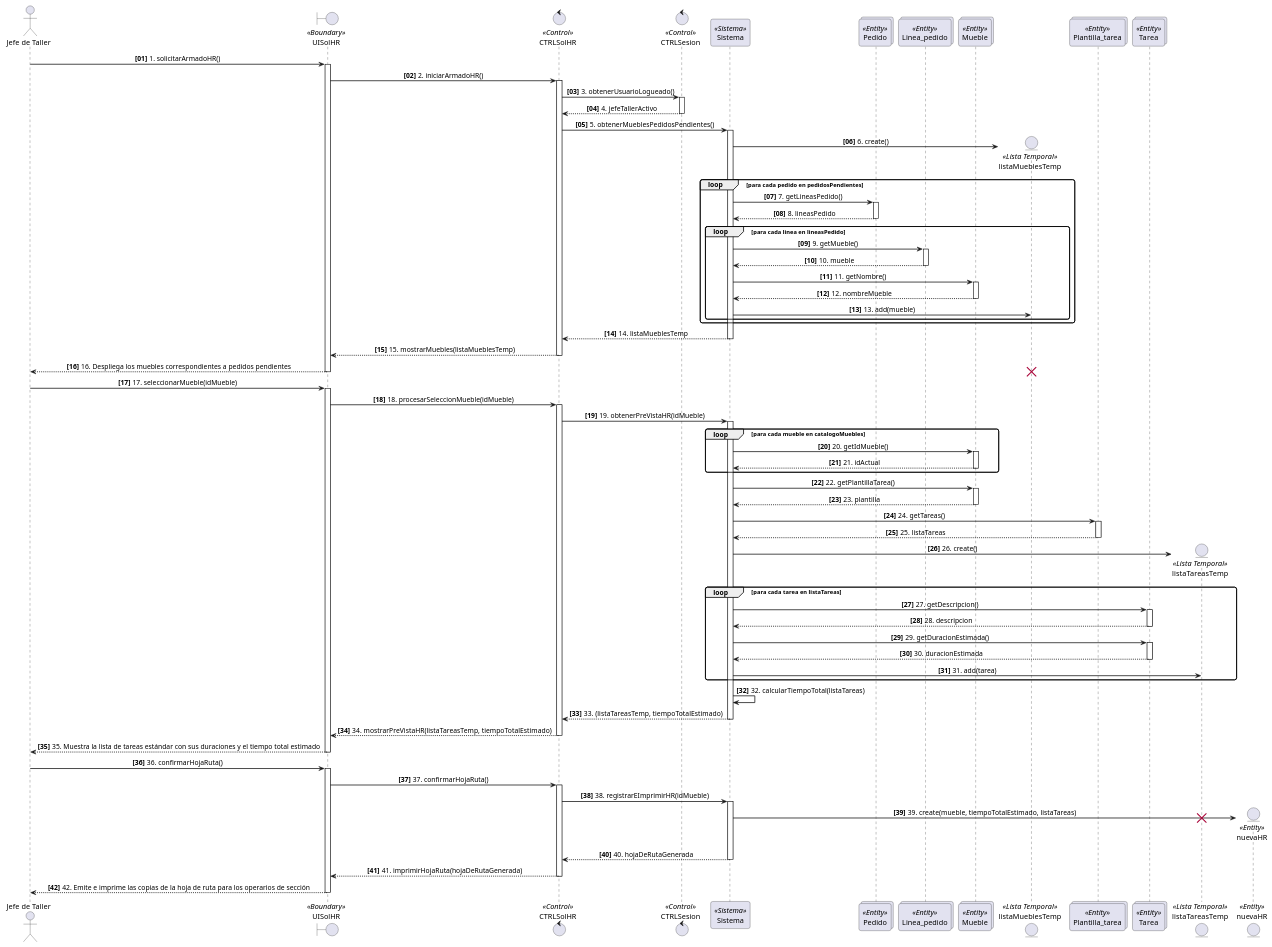
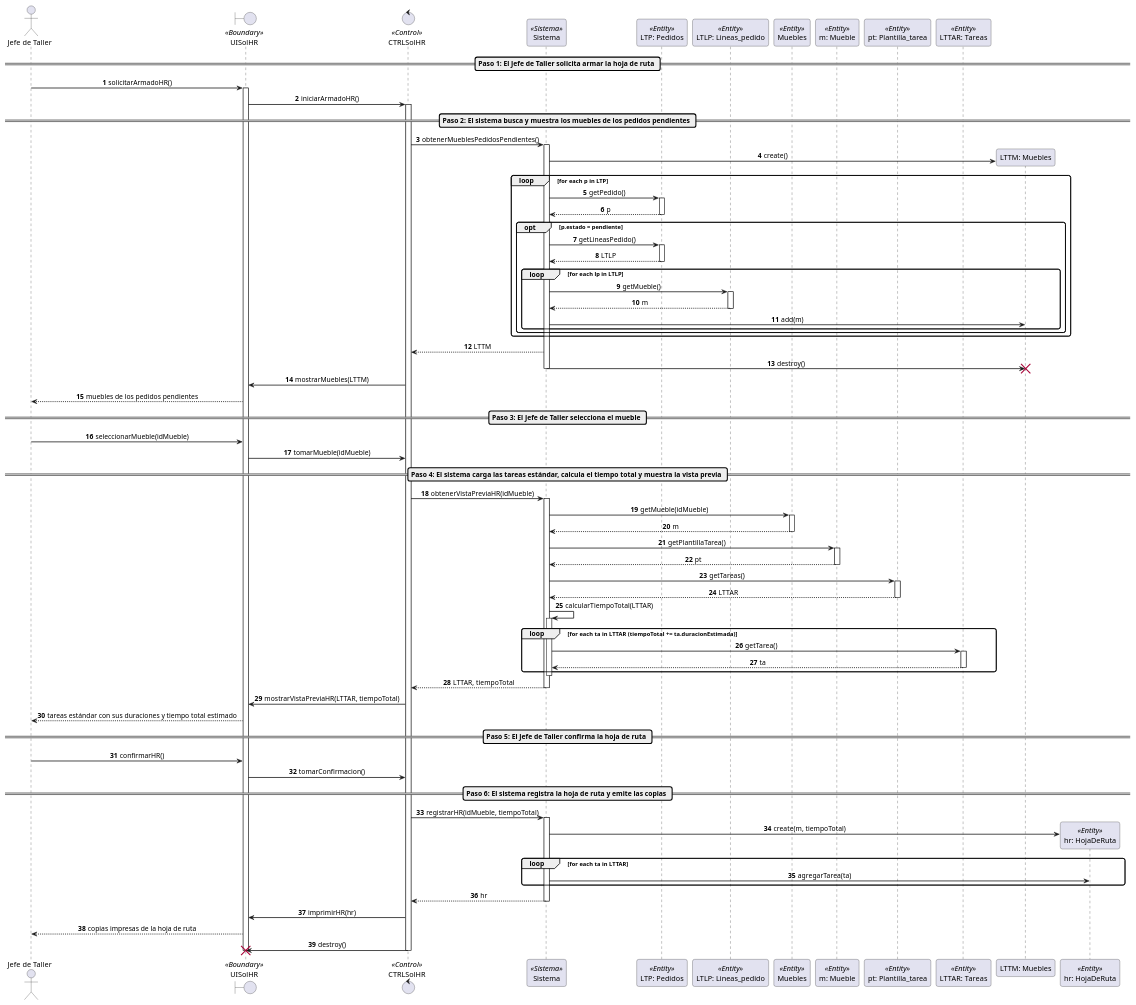
The diagram in modelos/03/03-diagrama-secuencia/secuencia_armar_hoja_de_ruta.puml (sandobaitt/dsi-2026), drawn with PlantUML before and after one commit. The commit also changed 34 other files, not shown here.

Commit message:
refactor: update sequence and class templates, guidelines, and add verification script

```diff
--- a/modelos/03/03-diagrama-secuencia/secuencia_armar_hoja_de_ruta.puml
+++ b/modelos/03/03-diagrama-secuencia/secuencia_armar_hoja_de_ruta.puml
@@ -1,188 +1,143 @@
 @startuml secuencia_armar_hoja_de_ruta
 !pragma layout smetana
-autonumber "<b>[00]</b>"
+autonumber
 skinparam shadowing false
 skinparam roundcorner 8
 skinparam sequenceArrowThickness 1.5
 skinparam sequenceMessageAlign center
 skinparam responseMessageBelowArrow true
 
 ' ==============================================================================
 ' DIAGRAMA DE SECUENCIA: Realización de CU "Armar Hoja de Ruta" (Camino Estándar)
 ' Modelo 03: Fábrica de Muebles Metálicos - Materia: Diseño de Sistemas (DSI 2026)
-' - CTRLSesion preexistente para usuario activo
-' - Búsqueda explícita del mueble, su plantilla y las tareas estándar
-' - Listas temporales creadas e instanciadas exclusivamente por Sistema
-' - Pre-vista clara: lista temporal de tareas y tiempo total acumulado
-' - Sin llamadas redundantes de cálculo y sin palabra clave return
-' - Coherencia total con los métodos del Diagrama de Clases
+' - Solo camino estándar de la descripción del CU
+' - Sin CTRLSesion: el CU no necesita datos del usuario logueado
+' - Recorridos hechos por Sistema: LTP (Pedidos), LTLP (Lineas_pedido), LTTAR (Tareas)
+'   Tareas empieza con T -> abreviatura TAR para no confundir con el prefijo LTT.
+' - Lista temporal LTTM (muebles de pedidos pendientes) creada y destruida por Sistema
+' - Búsqueda indexada del mueble seleccionado (sin loop)
+' - Los getters devuelven el objeto; comparaciones por atributo en la guarda
+' - El CTRL destruye la UI al finalizar
 ' ==============================================================================
 
-' 1. Participantes ordenados de izquierda a derecha
 actor "Jefe de Taller" as Actor
 boundary "UISolHR" as UI <<Boundary>>
 control "CTRLSolHR" as CTRL <<Control>>
-control "CTRLSesion" as CTRLSesion <<Control>>
 participant "Sistema" as Sistema <<Sistema>>
-collections "Pedido" as Pedidos <<Entity>>
-collections "Linea_pedido" as Lineas <<Entity>>
-collections "Mueble" as Muebles <<Entity>>
-entity "listaMueblesTemp" as ListaMueblesTemp <<Lista Temporal>>
-collections "Plantilla_tarea" as Plantillas <<Entity>>
-collections "Tarea" as Tareas <<Entity>>
-entity "listaTareasTemp" as ListaTareasTemp <<Lista Temporal>>
-entity "nuevaHR" as HojaDeRuta <<Entity>>
+participant "LTP: Pedidos" as LTP <<Entity>>
+participant "LTLP: Lineas_pedido" as LTLP <<Entity>>
+participant "Muebles" as Muebles <<Entity>>
+participant "m: Mueble" as Mueble <<Entity>>
+participant "pt: Plantilla_tarea" as Plantilla <<Entity>>
+participant "LTTAR: Tareas" as LTTAR <<Entity>>
+participant "LTTM: Muebles" as LTTM
+participant "hr: HojaDeRuta" as HojaDeRuta <<Entity>>
 
-' ------------------------------------------------------------------------------
-' FLUJO PRINCIPAL (CAMINO ESTÁNDAR)
-' ------------------------------------------------------------------------------
-
-' Paso 1: El Jefe de Taller solicita la Hoja de Ruta
-Actor -> UI: 1. solicitarArmadoHR()
+== Paso 1: El Jefe de Taller solicita armar la hoja de ruta ==
+Actor -> UI: solicitarArmadoHR()
 activate UI
-
-UI -> CTRL: 2. iniciarArmadoHR()
+UI -> CTRL: iniciarArmadoHR()
 activate CTRL
 
-' Regla Cátedra: Consulta de sesión preexistente sin pedir credenciales al actor
-CTRL -> CTRLSesion: 3. obtenerUsuarioLogueado()
-activate CTRLSesion
-CTRLSesion --> CTRL: 4. jefeTallerActivo
-deactivate CTRLSesion
-
-' Regla Cátedra: De CTRL a Sistema se usa "obtener...()"
-CTRL -> Sistema: 5. obtenerMueblesPedidosPendientes()
+== Paso 2: El sistema busca y muestra los muebles de los pedidos pendientes ==
+CTRL -> Sistema: obtenerMueblesPedidosPendientes()
 activate Sistema
 
-' Regla Cátedra: Sistema crea la lista temporal para mostrar los muebles disponibles
-create ListaMueblesTemp
-Sistema -> ListaMueblesTemp: 6. create()
+create LTTM
+Sistema -> LTTM: create()
 
-' Bucle para obtener muebles de los pedidos pendientes
-loop para cada pedido en pedidosPendientes
-    Sistema -> Pedidos: 7. getLineasPedido()
-    activate Pedidos
-    Pedidos --> Sistema: 8. lineasPedido
-    deactivate Pedidos
+loop for each p in LTP
+    Sistema -> LTP: getPedido()
+    activate LTP
+    LTP --> Sistema: p
+    deactivate LTP
 
-    loop para cada linea en lineasPedido
-        Sistema -> Lineas: 9. getMueble()
-        activate Lineas
-        Lineas --> Sistema: 10. mueble
-        deactivate Lineas
+    opt p.estado = pendiente
+        Sistema -> LTP: getLineasPedido()
+        activate LTP
+        LTP --> Sistema: LTLP
+        deactivate LTP
 
-        Sistema -> Muebles: 11. getNombre()
-        activate Muebles
-        Muebles --> Sistema: 12. nombreMueble
-        deactivate Muebles
-
-        ' Regla Cátedra: Sistema añade a la lista que ya referencia
-        Sistema -> ListaMueblesTemp: 13. add(mueble)
+        loop for each lp in LTLP
+            Sistema -> LTLP: getMueble()
+            activate LTLP
+            LTLP --> Sistema: m
+            deactivate LTLP
+            Sistema -> LTTM: add(m)
+        end
     end
 end
 
-' Regla Cátedra: SIN retorno desde ListaTemp hacia Sistema
-' Retorno con línea discontinua sin la palabra return
-Sistema --> CTRL: 14. listaMueblesTemp
+Sistema --> CTRL: LTTM
+Sistema -> LTTM: destroy()
+destroy LTTM
 deactivate Sistema
 
-' Paso 2: El Sistema muestra los diferentes muebles
-CTRL --> UI: 15. mostrarMuebles(listaMueblesTemp)
-deactivate CTRL
+CTRL -> UI: mostrarMuebles(LTTM)
+UI --> Actor: muebles de los pedidos pendientes
 
-UI --> Actor: 16. Despliega los muebles correspondientes a pedidos pendientes
-deactivate UI
+== Paso 3: El Jefe de Taller selecciona el mueble ==
+Actor -> UI: seleccionarMueble(idMueble)
+UI -> CTRL: tomarMueble(idMueble)
 
-destroy ListaMueblesTemp
-
-' Paso 3: El Jefe de Taller selecciona el mueble requerido
-Actor -> UI: 17. seleccionarMueble(idMueble)
-activate UI
-
-UI -> CTRL: 18. procesarSeleccionMueble(idMueble)
-activate CTRL
-
-CTRL -> Sistema: 19. obtenerPreVistaHR(idMueble)
+== Paso 4: El sistema carga las tareas estándar, calcula el tiempo total y muestra la vista previa ==
+CTRL -> Sistema: obtenerVistaPreviaHR(idMueble)
 activate Sistema
 
-' Búsqueda e identificación del Mueble seleccionado en la colección
-loop para cada mueble en catalogoMuebles
-    Sistema -> Muebles: 20. getIdMueble()
-    activate Muebles
-    Muebles --> Sistema: 21. idActual
-    deactivate Muebles
-end
-
-' Se obtiene la plantilla de tareas asociada al mueble específico
-Sistema -> Muebles: 22. getPlantillaTarea()
+Sistema -> Muebles: getMueble(idMueble)
 activate Muebles
-Muebles --> Sistema: 23. plantilla
+Muebles --> Sistema: m
 deactivate Muebles
 
-' Búsqueda y obtención de las tareas de la plantilla
-Sistema -> Plantillas: 24. getTareas()
-activate Plantillas
-Plantillas --> Sistema: 25. listaTareas
-deactivate Plantillas
+Sistema -> Mueble: getPlantillaTarea()
+activate Mueble
+Mueble --> Sistema: pt
+deactivate Mueble
 
-' Regla Cátedra: Sistema crea la lista temporal para la pre-vista de las tareas
-create ListaTareasTemp
-Sistema -> ListaTareasTemp: 26. create()
+Sistema -> Plantilla: getTareas()
+activate Plantilla
+Plantilla --> Sistema: LTTAR
+deactivate Plantilla
 
-' Recorrido de cada tarea para obtener sus datos de detalle y acumular la duración
-loop para cada tarea en listaTareas
-    Sistema -> Tareas: 27. getDescripcion()
-    activate Tareas
-    Tareas --> Sistema: 28. descripcion
-    deactivate Tareas
-
-    Sistema -> Tareas: 29. getDuracionEstimada()
-    activate Tareas
-    Tareas --> Sistema: 30. duracionEstimada
-    deactivate Tareas
-
-    ' Se agrega cada tarea a la lista temporal de la pre-vista
-    Sistema -> ListaTareasTemp: 31. add(tarea)
+Sistema -> Sistema: calcularTiempoTotal(LTTAR)
+activate Sistema
+loop for each ta in LTTAR (tiempoTotal += ta.duracionEstimada)
+    Sistema -> LTTAR: getTarea()
+    activate LTTAR
+    LTTAR --> Sistema: ta
+    deactivate LTTAR
 end
-
-' Cálculo único del tiempo total estimado a partir de las tareas de la plantilla
-Sistema -> Sistema: 32. calcularTiempoTotal(listaTareas)
-
-' Retorno de los datos concretos de la pre-vista: la lista de tareas y el tiempo total
-Sistema --> CTRL: 33. (listaTareasTemp, tiempoTotalEstimado)
 deactivate Sistema
 
-' Paso 4: El Sistema muestra la pre-vista de la hoja de ruta
-CTRL --> UI: 34. mostrarPreVistaHR(listaTareasTemp, tiempoTotalEstimado)
-deactivate CTRL
+Sistema --> CTRL: LTTAR, tiempoTotal
+deactivate Sistema
 
-UI --> Actor: 35. Muestra la lista de tareas estándar con sus duraciones y el tiempo total estimado
-deactivate UI
+CTRL -> UI: mostrarVistaPreviaHR(LTTAR, tiempoTotal)
+UI --> Actor: tareas estándar con sus duraciones y tiempo total estimado
 
-' Paso 5: El Jefe de Taller confirma la hoja de ruta
-Actor -> UI: 36. confirmarHojaRuta()
-activate UI
+== Paso 5: El Jefe de Taller confirma la hoja de ruta ==
+Actor -> UI: confirmarHR()
+UI -> CTRL: tomarConfirmacion()
 
-UI -> CTRL: 37. confirmarHojaRuta()
-activate CTRL
-
-' Paso 6: El Sistema registra y emite la impresión de la hoja de ruta definitiva
-CTRL -> Sistema: 38. registrarEImprimirHR(idMueble)
+== Paso 6: El sistema registra la hoja de ruta y emite las copias ==
+CTRL -> Sistema: registrarHR(idMueble, tiempoTotal)
 activate Sistema
 
 create HojaDeRuta
-Sistema -> HojaDeRuta: 39. create(mueble, tiempoTotalEstimado, listaTareas)
+Sistema -> HojaDeRuta: create(m, tiempoTotal)
 
-destroy ListaTareasTemp
+loop for each ta in LTTAR
+    Sistema -> HojaDeRuta: agregarTarea(ta)
+end
 
-' Regla Cátedra: Retorno con línea discontinua sin return
-Sistema --> CTRL: 40. hojaDeRutaGenerada
+Sistema --> CTRL: hr
 deactivate Sistema
 
-CTRL --> UI: 41. imprimirHojaRuta(hojaDeRutaGenerada)
+CTRL -> UI: imprimirHR(hr)
+UI --> Actor: copias impresas de la hoja de ruta
+
+CTRL -> UI: destroy()
+destroy UI
 deactivate CTRL
 
-UI --> Actor: 42. Emite e imprime las copias de la hoja de ruta para los operarios de sección
-deactivate UI
-
 @enduml
```
